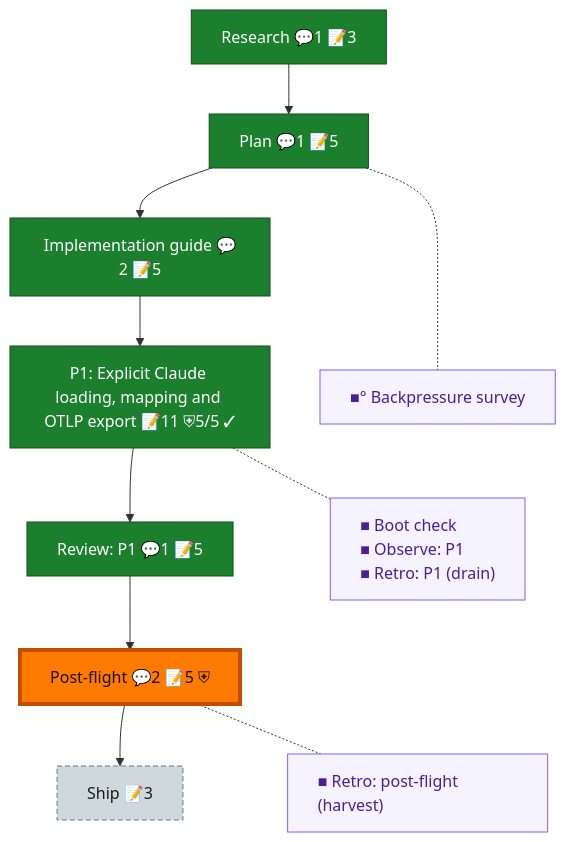
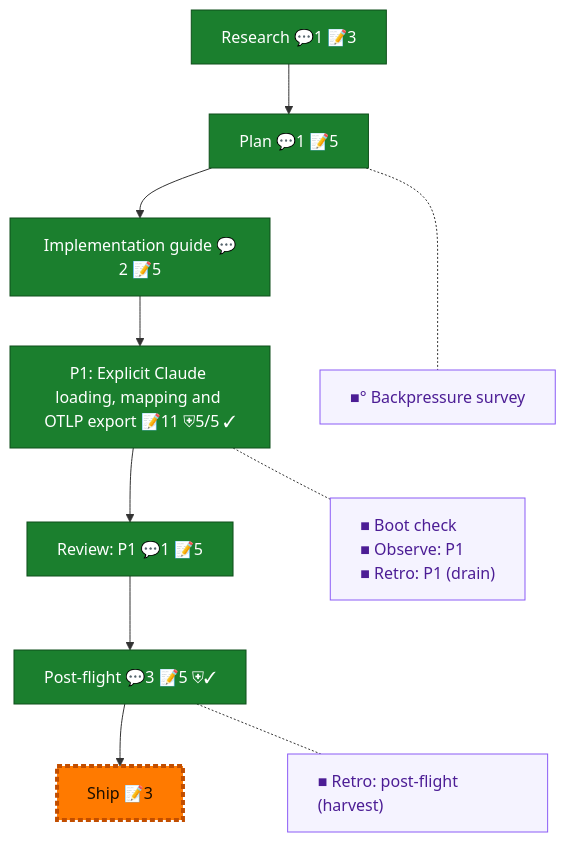
Before and after one commit to AI-Substrate/Unisphere: the diagram in docs/plans/archive/005-claude-session-pipeline/the-flow.md, drawn with Mermaid. The commit also changed other lines of this file and 4 other files, not shown here.

````diff
--- a/docs/plans/archive/005-claude-session-pipeline/the-flow.md
+++ b/docs/plans/archive/005-claude-session-pipeline/the-flow.md
@@ -8,30 +8,30 @@
 ```mermaid
 flowchart TD
     research["Research 💬1 📝3"]:::done
     plan["Plan 💬1 📝5"]:::done
     impl_guide["Implementation guide 💬2 📝5"]:::done
     phase_1["P1: Explicit Claude loading, mapping and OTLP export 📝11 ⛨5/5 ✓"]:::done
     review_1["Review: P1 💬1 📝5"]:::done
-    post_flight["Post-flight 💬2 📝5 ⛨"]:::done
+    post_flight["Post-flight 💬3 📝5 ⛨✓"]:::done
     ship["Ship 📝3"]:::assumed
 
     research --> plan --> impl_guide --> phase_1 --> review_1 --> post_flight --> ship
 
     planC["■° Backpressure survey"]:::chore
     phase_1C["■ Boot check<br/>■ Observe: P1<br/>■ Retro: P1 (drain)"]:::chore
     post_flightC["■ Retro: post-flight (harvest)"]:::chore
 
     %% invisible chain holds the gutter boxes in their own column
     planC ~~~ phase_1C ~~~ post_flightC
 
     %% dotted links pull each gutter box beside its node
     plan -.- planC
     phase_1 -.- phase_1C
     post_flight -.- post_flightC
 
     classDef done fill:#1B7F2E,stroke:#0F4F1B,color:#fff;
     classDef assumed fill:#CFD8DC,stroke:#607D8B,color:#1a1a1a,stroke-dasharray:5 3;
     classDef chore fill:#f5f3ff,stroke:#8b5cf6,color:#4c1d95,text-align:left;
     classDef current fill:#FF7A00,stroke:#C24E00,color:#1a0e00,stroke-width:4px;
-    class post_flight current;
+    class ship current;
 ```
````
